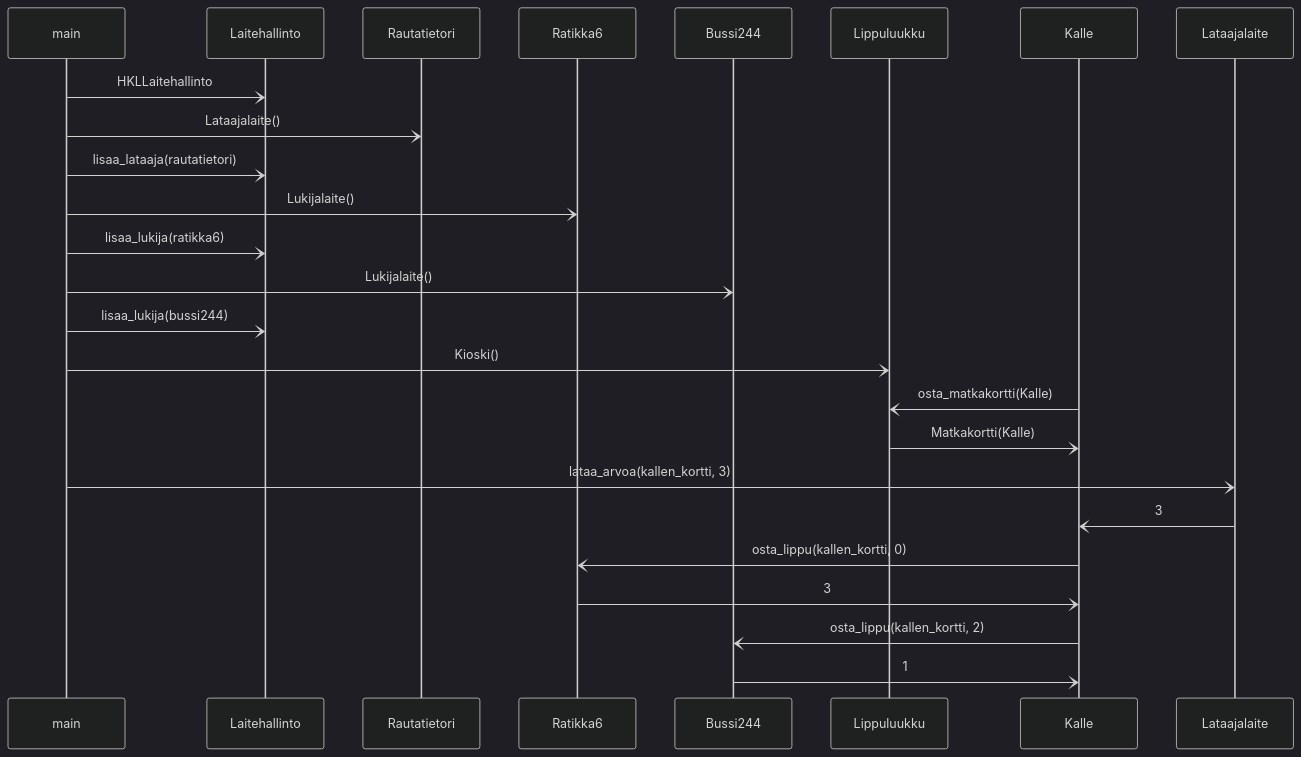
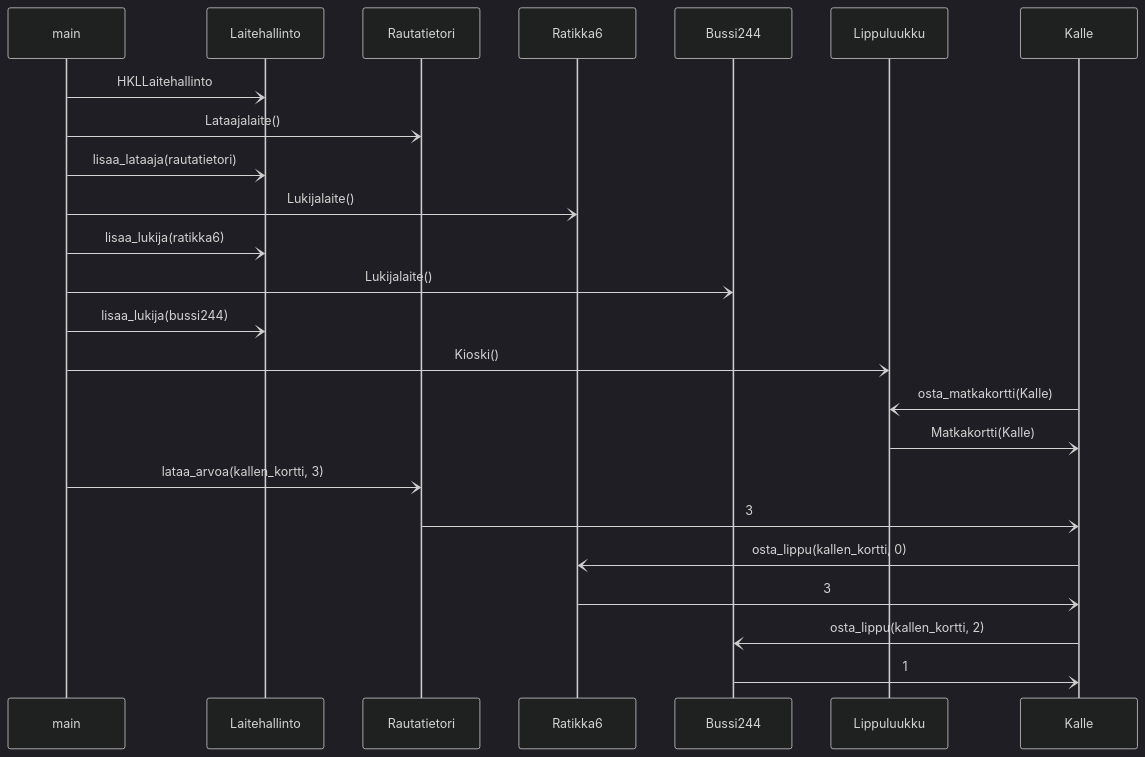
The diagram in laskarit/viikko3/hsl_kortti.md (ellenra/jumping_game), drawn with Mermaid (dark theme) before and after one commit.

````diff
--- a/laskarit/viikko3/hsl_kortti.md
+++ b/laskarit/viikko3/hsl_kortti.md
@@ -1,20 +1,20 @@
 ```mermaid
 sequenceDiagram
   main-)Laitehallinto: HKLLaitehallinto
   main-)Rautatietori: Lataajalaite()
   main-)Laitehallinto: lisaa_lataaja(rautatietori)
   main-)Ratikka6: Lukijalaite()
   main-)Laitehallinto: lisaa_lukija(ratikka6)
   main-)Bussi244: Lukijalaite()
   main-)Laitehallinto: lisaa_lukija(bussi244)
   main-)Lippuluukku: Kioski()
   Kalle-)Lippuluukku: osta_matkakortti(Kalle)
   Lippuluukku-)Kalle: Matkakortti(Kalle)
-  main-)Lataajalaite: lataa_arvoa(kallen_kortti, 3)
-  Lataajalaite-)Kalle: 3
+  main-)Rautatietori: lataa_arvoa(kallen_kortti, 3)
+  Rautatietori-)Kalle: 3
   Kalle-)Ratikka6: osta_lippu(kallen_kortti, 0)
   Ratikka6-)Kalle: 3
   Kalle-)Bussi244: osta_lippu(kallen_kortti, 2)
   Bussi244-)Kalle: 1
   
 ```
````
